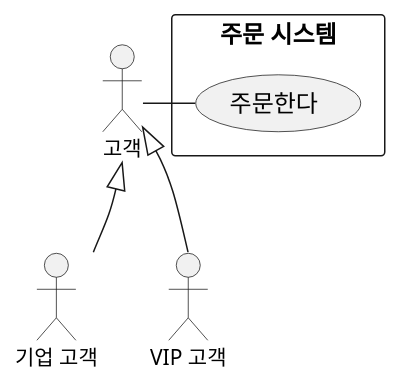
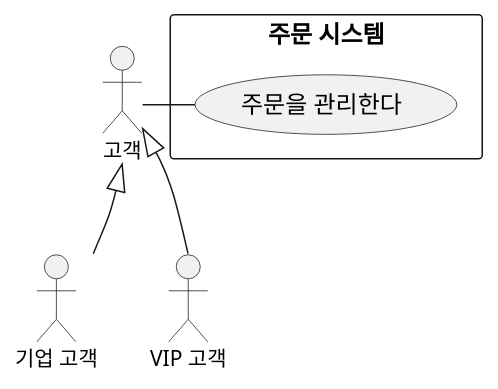
One commit to YoungSan77/TrainingMaterials changed the ninth of 16 diagrams in courses/ooad/sessions/s02.md. Above: the diagram before and after it, drawn with PlantUML. The commit also changed other lines of this file and 10 other files, not shown here.

````diff
--- a/courses/ooad/sessions/s02.md
+++ b/courses/ooad/sessions/s02.md
@@ -694,17 +891,17 @@
 ```plantuml:usecase
 @startuml
 skinparam usecaseFontSize 16
 skinparam rectangleFontSize 16
 actor "고객" as Customer
 actor "기업 고객" as BusinessCustomer
 actor "VIP 고객" as VipCustomer
 Customer -[hidden]d- BusinessCustomer
 Customer -[hidden]d- VipCustomer
 BusinessCustomer --|> Customer
 VipCustomer --|> Customer
 rectangle "주문 시스템" {
-  usecase "주문한다" as PlaceOrder
+  usecase "주문을 관리한다" as PlaceOrder
 }
 Customer -r- PlaceOrder
 @enduml
 ```
````
